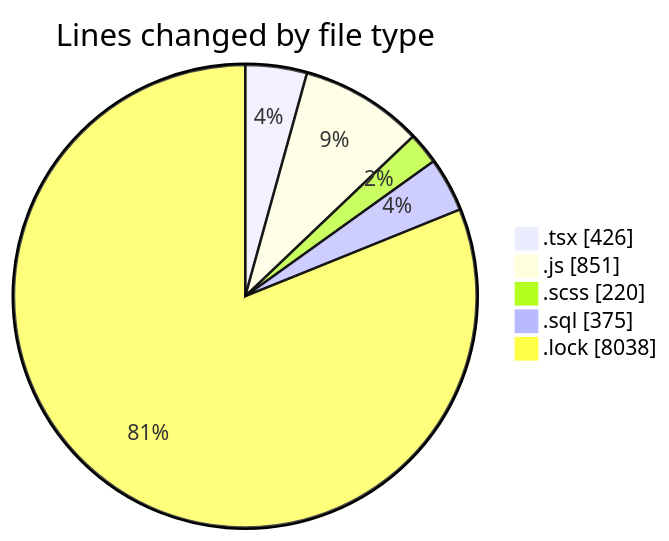
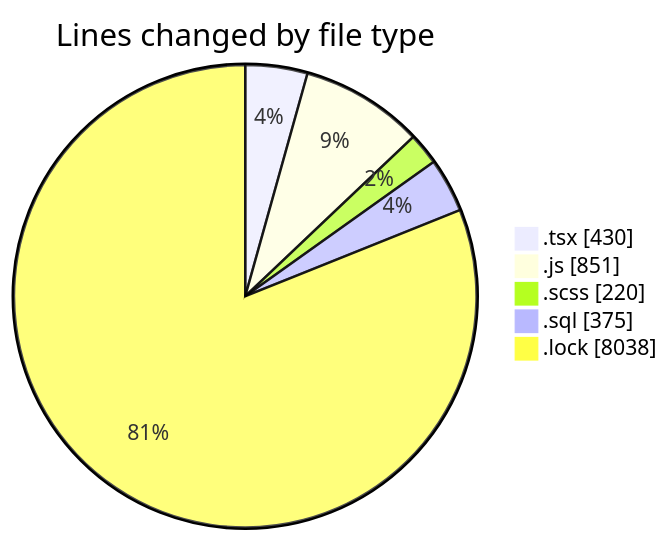
One commit to momahboobian/code-tracking changed the first of 2 diagrams in 2025-03-18/cda/README.md. Above: the diagram before and after it, drawn with Mermaid. The commit also changed other lines of this file and 1 other file, not shown here.

````diff
--- a/2025-03-18/cda/README.md
+++ b/2025-03-18/cda/README.md
@@ -30,9 +30,9 @@
 ```mermaid
 pie showData
 title Lines changed by file type
-".tsx" : 426
+".tsx" : 430
 ".js" : 851
 ".scss" : 220
 ".sql" : 375
 ".lock" : 8038
 ```
````
